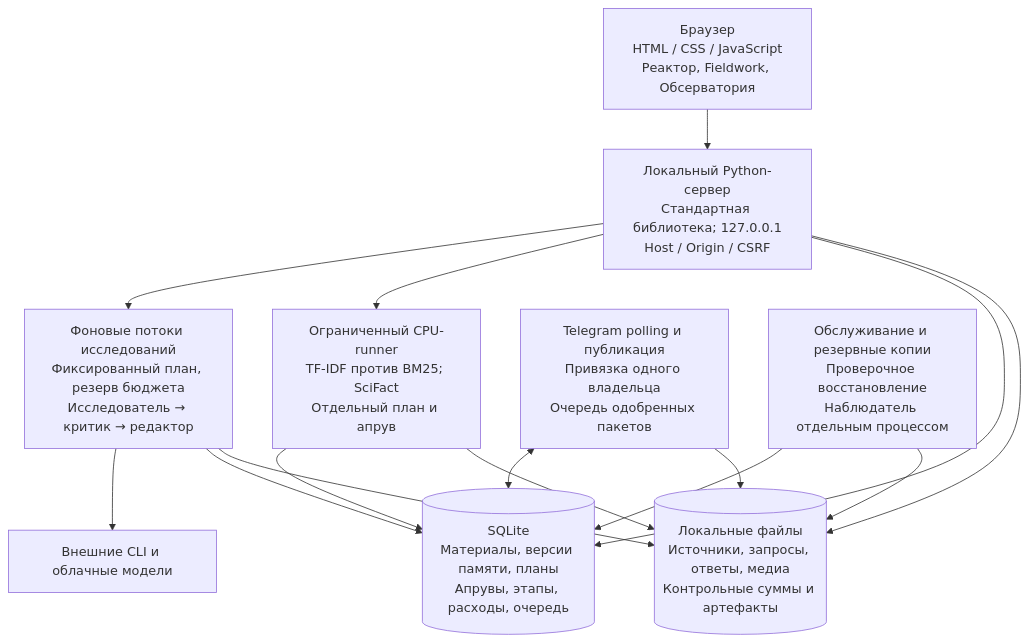
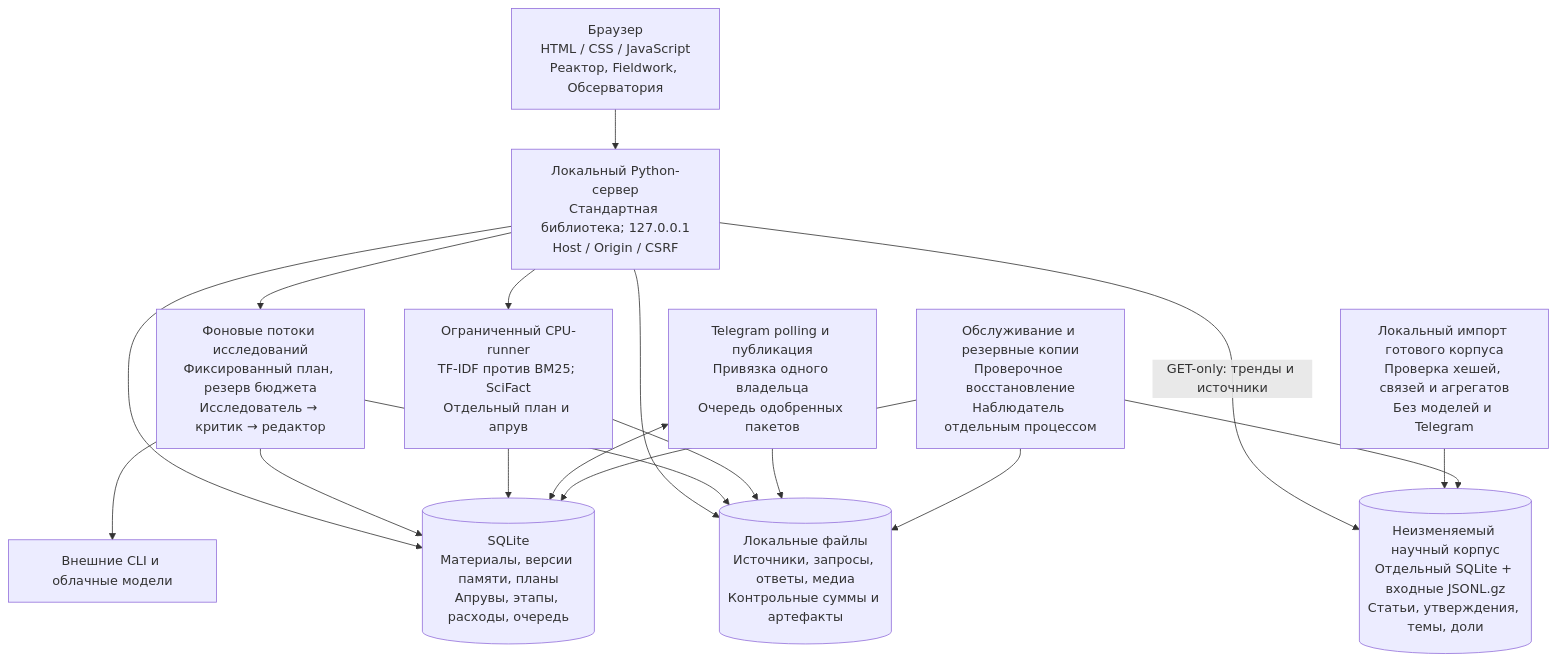
One commit to VasilyKolbenev/AI-R-D-laboratory changed the second of 2 diagrams in docs/architecture.md. Above: the diagram before and after it, drawn with Mermaid. The commit also changed other lines of this file and 24 other files, not shown here.

````diff
--- a/docs/architecture.md
+++ b/docs/architecture.md
@@ -28,26 +28,31 @@
 ```mermaid
 flowchart TB
     ui["Браузер\nHTML / CSS / JavaScript\nРеактор, Fieldwork, Обсерватория"]
     api["Локальный Python-сервер\nСтандартная библиотека; 127.0.0.1\nHost / Origin / CSRF"]
     research["Фоновые потоки исследований\nФиксированный план, резерв бюджета\nИсследователь → критик → редактор"]
     cpu["Ограниченный CPU-runner\nTF-IDF против BM25; SciFact\nОтдельный план и апрув"]
     telegram["Telegram polling и публикация\nПривязка одного владельца\nОчередь одобренных пакетов"]
     db[("SQLite\nМатериалы, версии памяти, планы\nАпрувы, этапы, расходы, очередь")]
     files[("Локальные файлы\nИсточники, запросы, ответы, медиа\nКонтрольные суммы и артефакты")]
+    corpus[("Неизменяемый научный корпус\nОтдельный SQLite + входные JSONL.gz\nСтатьи, утверждения, темы, доли")]
+    importer["Локальный импорт готового корпуса\nПроверка хешей, связей и агрегатов\nБез моделей и Telegram"]
     backup["Обслуживание и резервные копии\nПроверочное восстановление\nНаблюдатель отдельным процессом"]
     external["Внешние CLI и облачные модели"]
     ui --> api
     api --> research
     api --> cpu
     api --> db
     api --> files
+    api -->|"GET-only: тренды и источники"| corpus
+    importer --> corpus
     research --> external
     research --> db
     research --> files
     cpu --> db
     cpu --> files
     telegram <--> db
     telegram --> files
     backup --> db
     backup --> files
+    backup --> corpus
 ```
````
